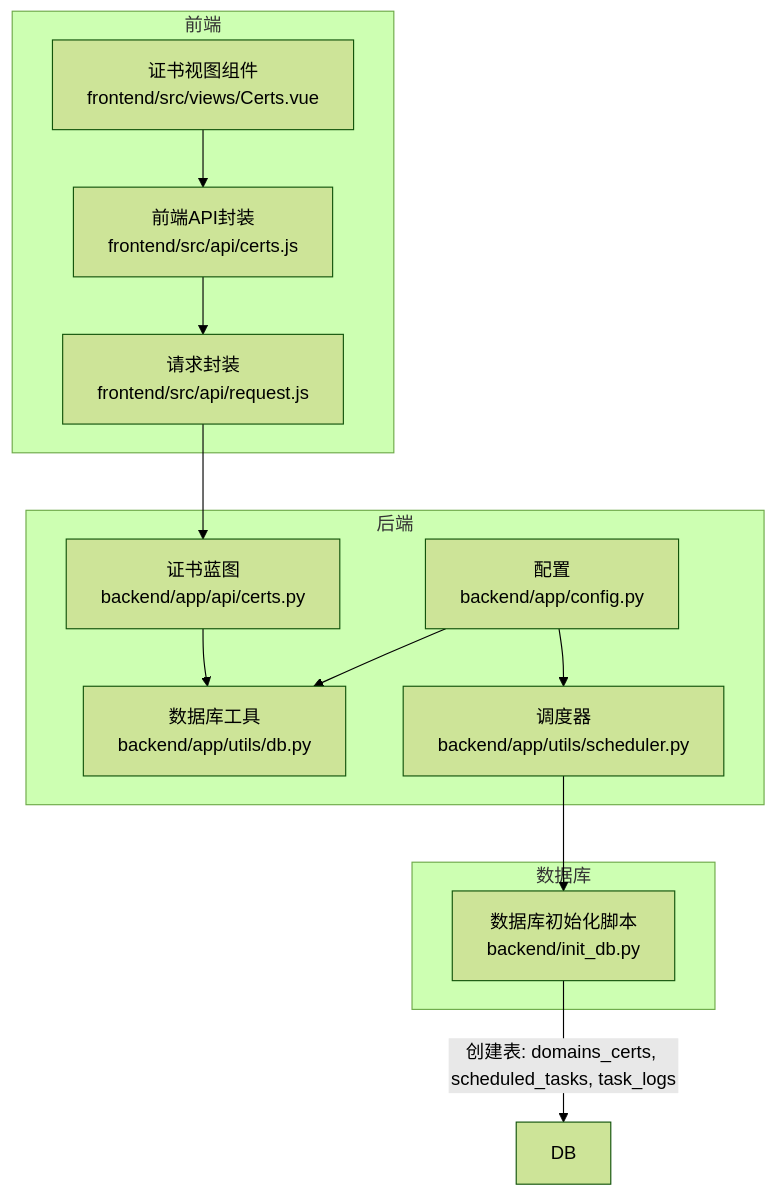
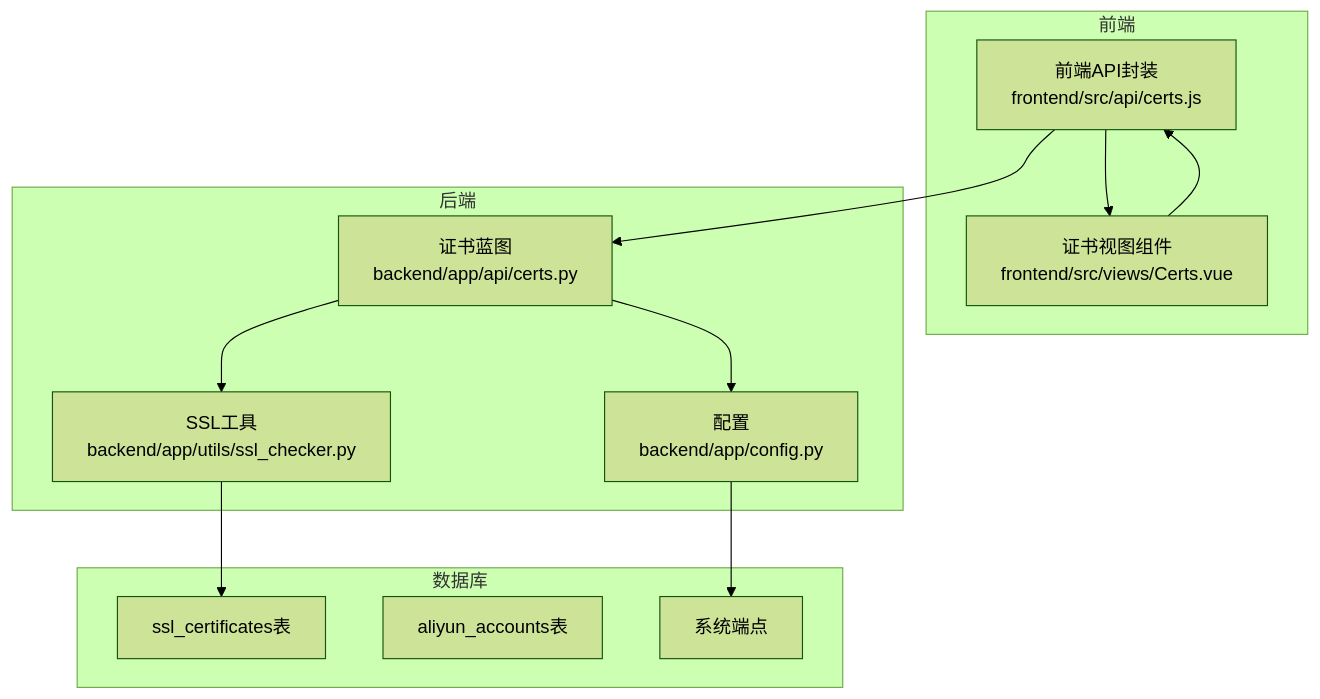
The first of 3 diagrams in .qoder/repowiki/zh/content/API接口文档/证书管理接口.md (ismine3/OPS), drawn with Mermaid (forest theme) before and after one commit. The commit also changed other lines of this file and 13 other files, not shown here.

````diff
--- a/.qoder/repowiki/zh/content/API接口文档/证书管理接口.md
+++ b/.qoder/repowiki/zh/content/API接口文档/证书管理接口.md
@@ -41,25 +48,24 @@
 ```mermaid
 graph TB
 subgraph "前端"
 FE_API["前端API封装<br/>frontend/src/api/certs.js"]
 FE_VIEW["证书视图组件<br/>frontend/src/views/Certs.vue"]
-FE_REQ["请求封装<br/>frontend/src/api/request.js"]
 end
 subgraph "后端"
 BP["证书蓝图<br/>backend/app/api/certs.py"]
-DBUTIL["数据库工具<br/>backend/app/utils/db.py"]
-SCHED["调度器<br/>backend/app/utils/scheduler.py"]
+SSL_UTIL["SSL工具<br/>backend/app/utils/ssl_checker.py"]
 CFG["配置<br/>backend/app/config.py"]
 end
 subgraph "数据库"
-INITDB["数据库初始化脚本<br/>backend/init_db.py"]
+DB["ssl_certificates表"]
+ALIYUN_ACCOUNTS["aliyun_accounts表"]
+ENDPOINTS["系统端点"]
 end
-FE_API --> FE_REQ
+FE_API --> FE_VIEW
 FE_VIEW --> FE_API
-FE_REQ --> BP
-BP --> DBUTIL
-SCHED --> INITDB
-CFG --> DBUTIL
-CFG --> SCHED
-INITDB --> |"创建表: domains_certs, scheduled_tasks, task_logs"| DB
+FE_API --> BP
+BP --> SSL_UTIL
+BP --> CFG
+SSL_UTIL --> DB
+CFG --> ENDPOINTS
 ```
````
